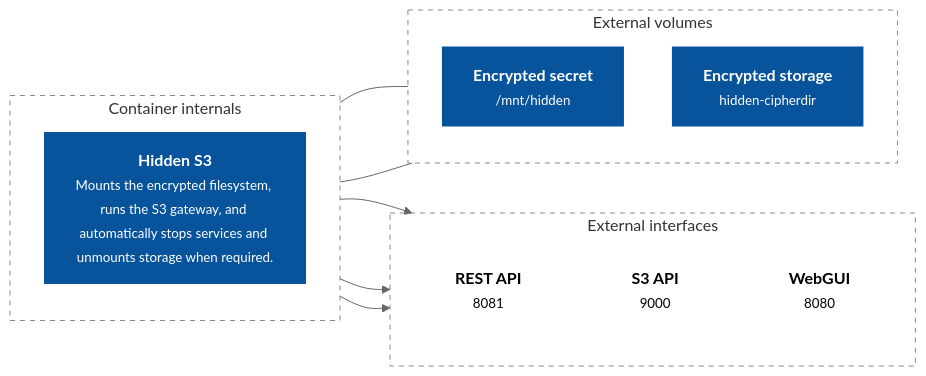
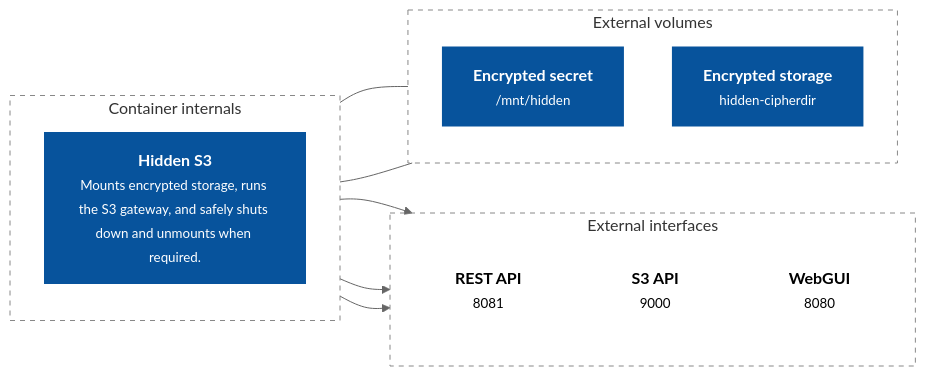
The diagram in README.md (artabramov/hidden), drawn with Mermaid (neutral theme) before and after one commit.

Commit message:
Fixed Mermaid schema

````diff
--- a/README.md
+++ b/README.md
@@ -88,37 +88,37 @@
 ```mermaid
 flowchart LR
     subgraph EXT["External interfaces"]
         direction TB
         REST["<b>REST API</b><br/><small>8081</small>"]
         S3["<b>S3 API</b><br/><small>9000</small>"]
         GUI["<b>WebGUI</b><br/><small>8080</small>"]
     end
 
     subgraph INT["Container internals"]
         direction TB
-        H["<b>Hidden S3</b><br/><small>Mounts the encrypted filesystem, runs the S3 gateway, and automatically stops services and unmounts storage when required.</small>"]
+        H["<b>Hidden S3</b><br/><small>Mounts encrypted storage, runs the S3 gateway, and safely shuts down and unmounts when required.</small>"]
     end
 
     subgraph VOL["External volumes"]
         direction TB
         SECRET["<b>Encrypted secret</b><br/><small>/mnt/hidden</small>"]
         STORAGE["<b>Encrypted storage</b></br><small>hidden-cipherdir</small>"]
     end
 
     H --> REST
     H --> S3
     H --> GUI
 
     H --- SECRET
     H --- STORAGE
 
     classDef blue fill:#07539c,color:#fff,stroke:#07539c,stroke-width:2px;
     classDef interface fill:#fff,color:#000,stroke:none;
 
     class H,SECRET,STORAGE blue;
     class REST,S3,GUI interface;
 
     style EXT fill:none,stroke:#888,stroke-dasharray:5 5
     style INT fill:none,stroke:#888,stroke-dasharray:5 5
     style VOL fill:none,stroke:#888,stroke-dasharray:5 5
 ```
````
